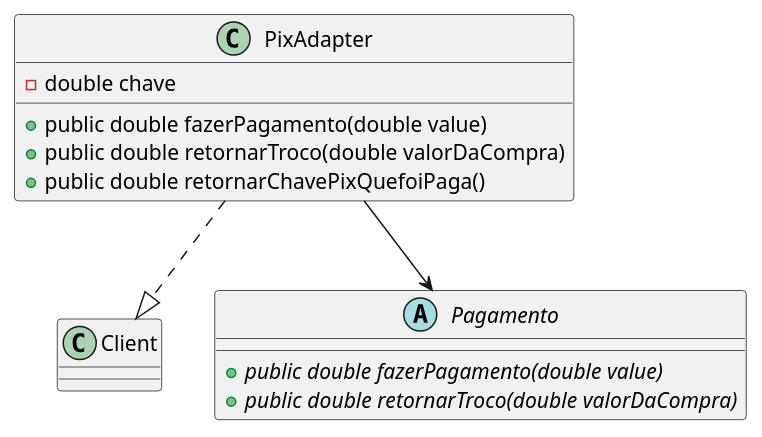
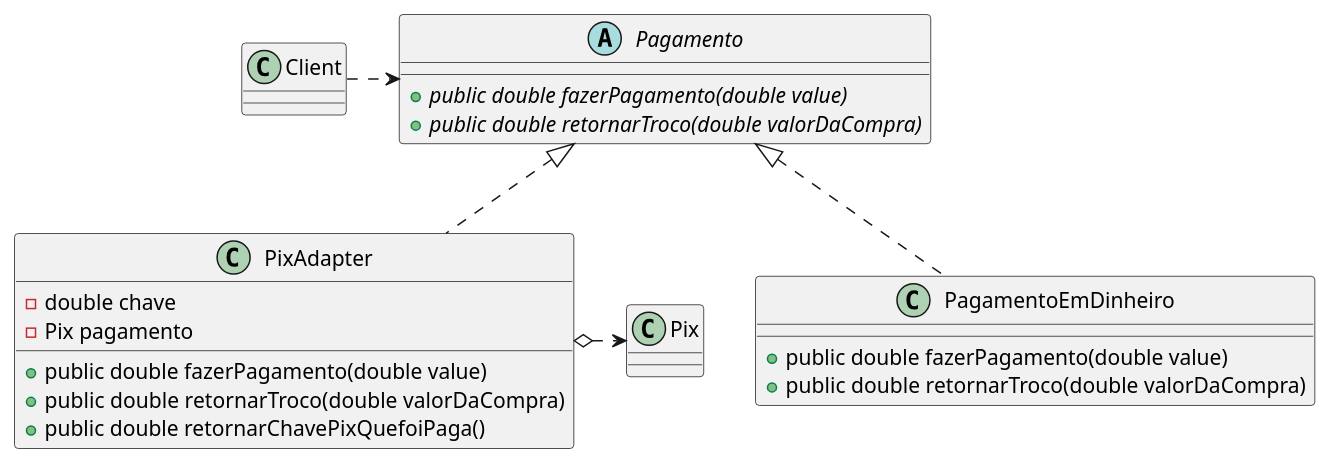
One commit to leandro-costa/blog-material-aula-template changed the second of 2 diagrams in posts/Adapter.md. Above: the diagram before and after it, drawn with PlantUML. The commit also changed other lines of this file, not shown here.

Commit message:
Ajuste diagrama do exemplo de codigo

````diff
--- a/posts/Adapter.md
+++ b/posts/Adapter.md
@@ -260,21 +250,32 @@
 ```plantuml
 @startuml
 
-PixAdapter..|>Client
-PixAdapter-->Pagamento
-
-Class PixAdapter{
-- double chave
-
-+public double fazerPagamento(double value)
-+public double retornarTroco(double valorDaCompra)
-+public double retornarChavePixQuefoiPaga()
-}
-
-Abstract class Pagamento{
+abstract class Pagamento{
  + {abstract} public double fazerPagamento(double value)
  + {abstract} public double retornarTroco(double valorDaCompra)
 }
 
+class Client
+class PixAdapter implements Pagamento{
+    - double chave
+    - Pix pagamento
+    +public double fazerPagamento(double value)
+    +public double retornarTroco(double valorDaCompra)
+    +public double retornarChavePixQuefoiPaga()
+}
+class PagamentoEmDinheiro implements Pagamento{
+    +public double fazerPagamento(double value)
+    +public double retornarTroco(double valorDaCompra)
+}
+
+class Pix
+
+Client .> Pagamento
+PixAdapter o.> Pix
+
+
+
+
+
 @enduml
 ```
````
